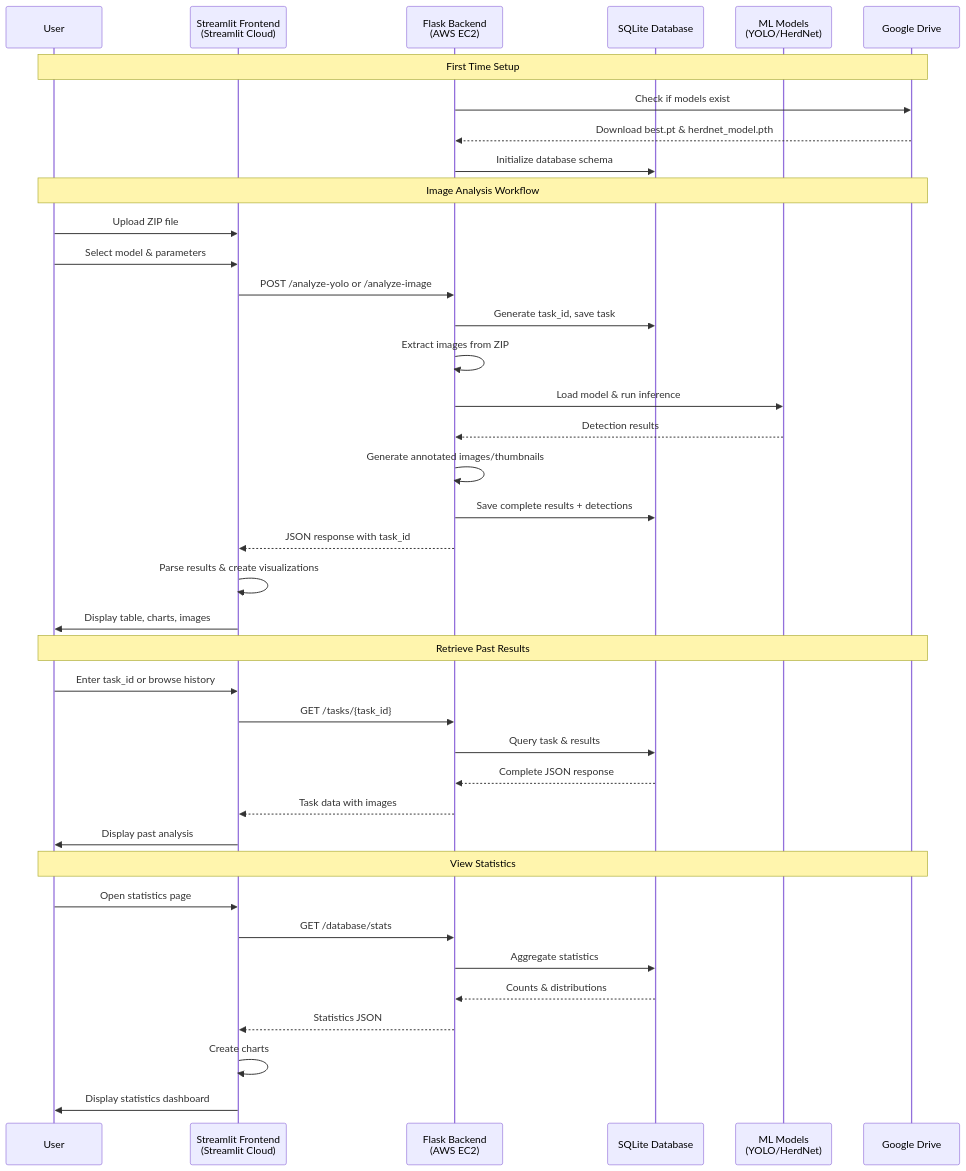
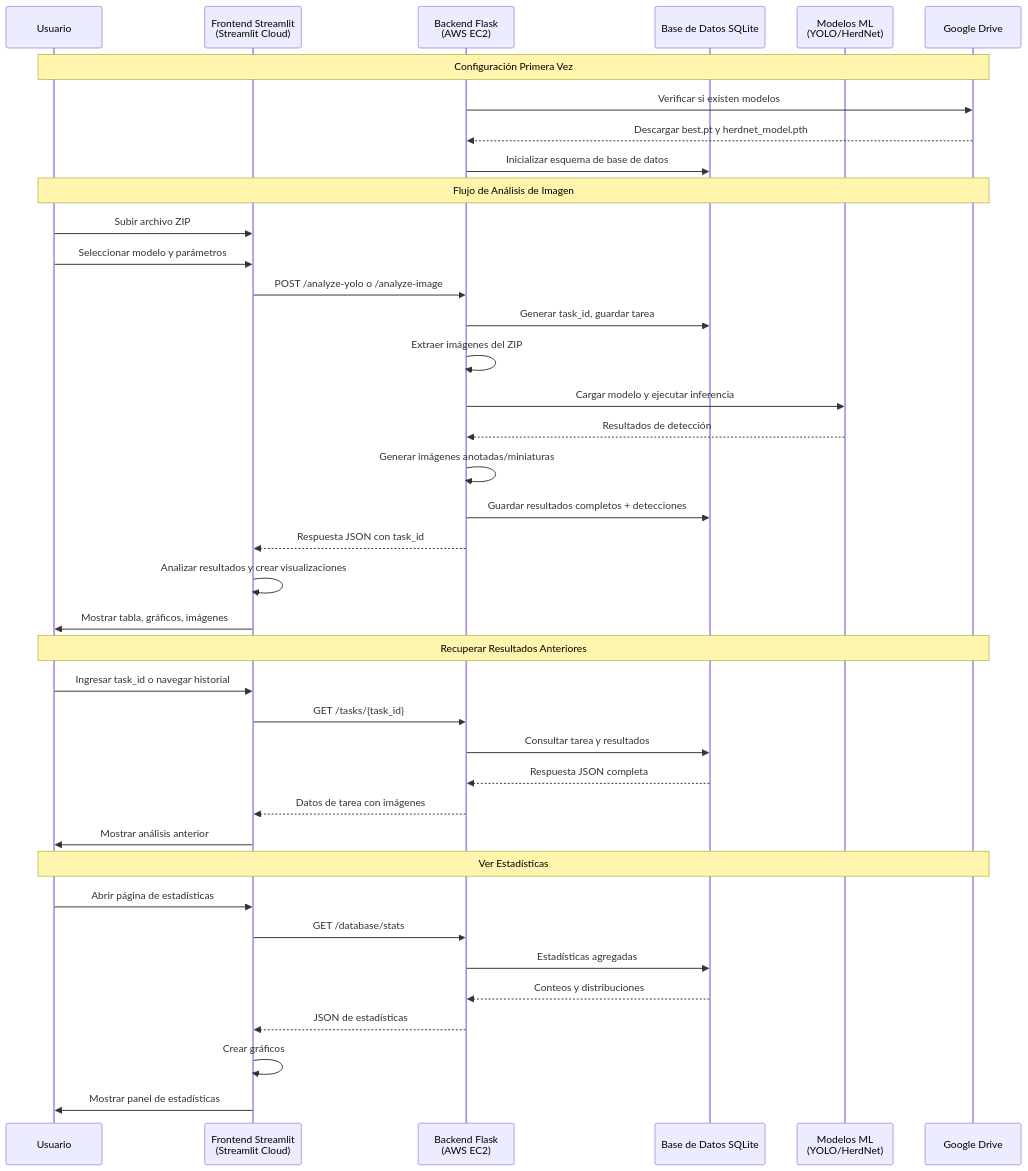
Before and after one commit to marioguaqueta/maia-back-proyecto: the third of 7 diagrams in ARCHITECTURE_DIAGRAM.md, drawn with Mermaid. The commit also changed other lines of this file and 5 other files, not shown here.

````diff
--- a/ARCHITECTURE_DIAGRAM.md
+++ b/ARCHITECTURE_DIAGRAM.md
@@ -100,48 +100,48 @@
 ```mermaid
 sequenceDiagram
-    participant User
-    participant Streamlit as Streamlit Frontend<br/>(Streamlit Cloud)
-    participant API as Flask Backend<br/>(AWS EC2)
-    participant DB as SQLite Database
-    participant Models as ML Models<br/>(YOLO/HerdNet)
+    participant User as Usuario
+    participant Streamlit as Frontend Streamlit<br/>(Streamlit Cloud)
+    participant API as Backend Flask<br/>(AWS EC2)
+    participant DB as Base de Datos SQLite
+    participant Models as Modelos ML<br/>(YOLO/HerdNet)
     participant GDrive as Google Drive
     
-    Note over User,GDrive: First Time Setup
-    API->>GDrive: Check if models exist
-    GDrive-->>API: Download best.pt & herdnet_model.pth
-    API->>DB: Initialize database schema
+    Note over User,GDrive: Configuración Primera Vez
+    API->>GDrive: Verificar si existen modelos
+    GDrive-->>API: Descargar best.pt y herdnet_model.pth
+    API->>DB: Inicializar esquema de base de datos
     
-    Note over User,GDrive: Image Analysis Workflow
-    User->>Streamlit: Upload ZIP file
-    User->>Streamlit: Select model & parameters
-    Streamlit->>API: POST /analyze-yolo or /analyze-image
+    Note over User,GDrive: Flujo de Análisis de Imagen
+    User->>Streamlit: Subir archivo ZIP
+    User->>Streamlit: Seleccionar modelo y parámetros
+    Streamlit->>API: POST /analyze-yolo o /analyze-image
     
-    API->>DB: Generate task_id, save task
-    API->>API: Extract images from ZIP
-    API->>Models: Load model & run inference
-    Models-->>API: Detection results
+    API->>DB: Generar task_id, guardar tarea
+    API->>API: Extraer imágenes del ZIP
+    API->>Models: Cargar modelo y ejecutar inferencia
+    Models-->>API: Resultados de detección
     
-    API->>API: Generate annotated images/thumbnails
-    API->>DB: Save complete results + detections
-    API-->>Streamlit: JSON response with task_id
+    API->>API: Generar imágenes anotadas/miniaturas
+    API->>DB: Guardar resultados completos + detecciones
+    API-->>Streamlit: Respuesta JSON con task_id
     
-    Streamlit->>Streamlit: Parse results & create visualizations
-    Streamlit->>User: Display table, charts, images
+    Streamlit->>Streamlit: Analizar resultados y crear visualizaciones
+    Streamlit->>User: Mostrar tabla, gráficos, imágenes
     
-    Note over User,GDrive: Retrieve Past Results
-    User->>Streamlit: Enter task_id or browse history
+    Note over User,GDrive: Recuperar Resultados Anteriores
+    User->>Streamlit: Ingresar task_id o navegar historial
     Streamlit->>API: GET /tasks/{task_id}
-    API->>DB: Query task & results
-    DB-->>API: Complete JSON response
-    API-->>Streamlit: Task data with images
-    Streamlit->>User: Display past analysis
+    API->>DB: Consultar tarea y resultados
+    DB-->>API: Respuesta JSON completa
+    API-->>Streamlit: Datos de tarea con imágenes
+    Streamlit->>User: Mostrar análisis anterior
     
-    Note over User,GDrive: View Statistics
-    User->>Streamlit: Open statistics page
+    Note over User,GDrive: Ver Estadísticas
+    User->>Streamlit: Abrir página de estadísticas
     Streamlit->>API: GET /database/stats
-    API->>DB: Aggregate statistics
-    DB-->>API: Counts & distributions
-    API-->>Streamlit: Statistics JSON
-    Streamlit->>Streamlit: Create charts
-    Streamlit->>User: Display statistics dashboard
+    API->>DB: Estadísticas agregadas
+    DB-->>API: Conteos y distribuciones
+    API-->>Streamlit: JSON de estadísticas
+    Streamlit->>Streamlit: Crear gráficos
+    Streamlit->>User: Mostrar panel de estadísticas
 ```
````
